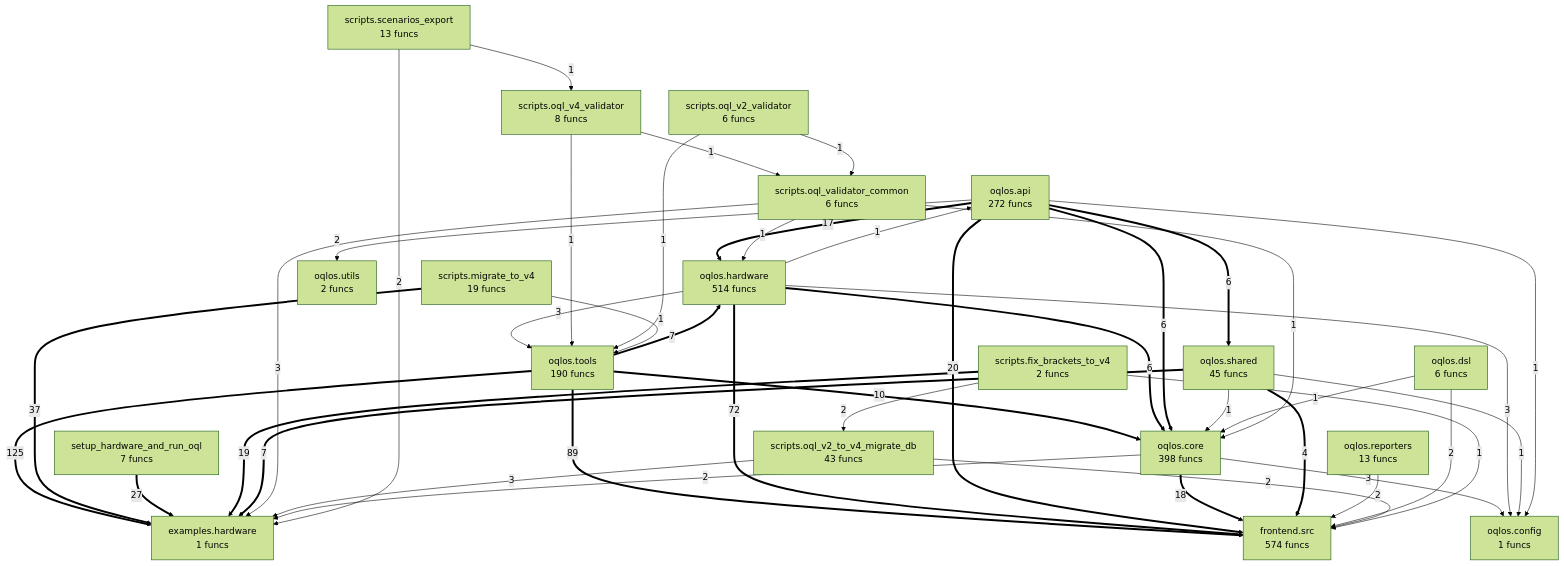
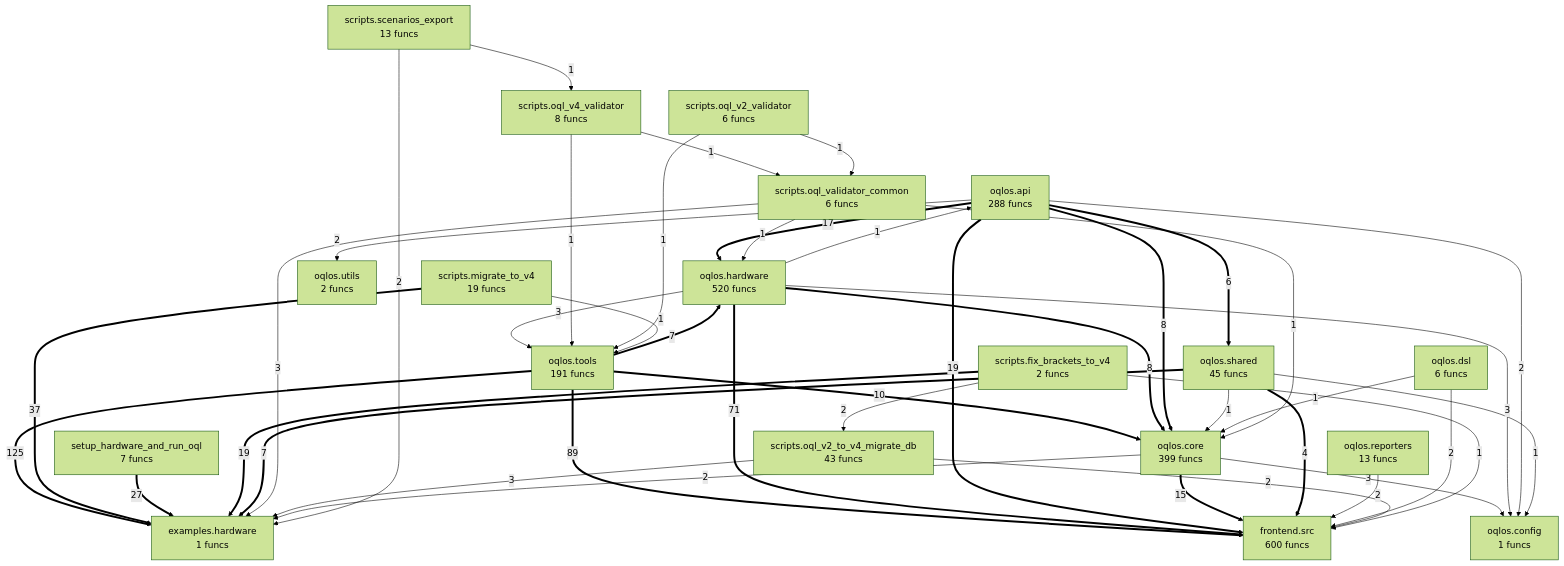
One commit to oqlos/oqlos changed the diagram in project/compact_flow.mmd. Above: the diagram before and after it, drawn with Mermaid (forest theme). The commit also changed 144 other files, not shown here.

```diff
--- a/project/compact_flow.mmd
+++ b/project/compact_flow.mmd
@@ -1,63 +1,63 @@
 flowchart TD
-%% generated in 0.04s
+%% generated in 0.15s
     examples__hardware["examples.hardware<br/>1 funcs"]
-    frontend__src["frontend.src<br/>574 funcs"]
-    oqlos__api["oqlos.api<br/>272 funcs"]
+    frontend__src["frontend.src<br/>600 funcs"]
+    oqlos__api["oqlos.api<br/>288 funcs"]
     oqlos__config["oqlos.config<br/>1 funcs"]
-    oqlos__core["oqlos.core<br/>398 funcs"]
+    oqlos__core["oqlos.core<br/>399 funcs"]
     oqlos__dsl["oqlos.dsl<br/>6 funcs"]
-    oqlos__hardware["oqlos.hardware<br/>514 funcs"]
+    oqlos__hardware["oqlos.hardware<br/>520 funcs"]
     oqlos__reporters["oqlos.reporters<br/>13 funcs"]
     oqlos__shared["oqlos.shared<br/>45 funcs"]
-    oqlos__tools["oqlos.tools<br/>190 funcs"]
+    oqlos__tools["oqlos.tools<br/>191 funcs"]
     oqlos__utils["oqlos.utils<br/>2 funcs"]
     scripts__fix_brackets_to_v4["scripts.fix_brackets_to_v4<br/>2 funcs"]
     scripts__migrate_to_v4["scripts.migrate_to_v4<br/>19 funcs"]
     scripts__oql_v2_to_v4_migrate_db["scripts.oql_v2_to_v4_migrate_db<br/>43 funcs"]
     scripts__oql_v2_validator["scripts.oql_v2_validator<br/>6 funcs"]
     scripts__oql_v4_validator["scripts.oql_v4_validator<br/>8 funcs"]
     scripts__oql_validator_common["scripts.oql_validator_common<br/>6 funcs"]
     scripts__scenarios_export["scripts.scenarios_export<br/>13 funcs"]
     setup_hardware_and_run_oql["setup_hardware_and_run_oql<br/>7 funcs"]
     oqlos__tools ==>|125| examples__hardware
     oqlos__tools ==>|89| frontend__src
-    oqlos__hardware ==>|72| frontend__src
+    oqlos__hardware ==>|71| frontend__src
     scripts__migrate_to_v4 ==>|37| examples__hardware
     setup_hardware_and_run_oql ==>|27| examples__hardware
-    oqlos__api ==>|20| frontend__src
+    oqlos__api ==>|19| frontend__src
     scripts__fix_brackets_to_v4 ==>|19| examples__hardware
-    oqlos__core ==>|18| frontend__src
     oqlos__api ==>|17| oqlos__hardware
+    oqlos__core ==>|15| frontend__src
     oqlos__tools ==>|10| oqlos__core
+    oqlos__hardware ==>|8| oqlos__core
+    oqlos__api ==>|8| oqlos__core
     oqlos__tools ==>|7| oqlos__hardware
     oqlos__shared ==>|7| examples__hardware
-    oqlos__hardware ==>|6| oqlos__core
-    oqlos__api ==>|6| oqlos__core
     oqlos__api ==>|6| oqlos__shared
     oqlos__shared ==>|4| frontend__src
     oqlos__core -->|3| oqlos__config
     oqlos__hardware -->|3| oqlos__config
     oqlos__hardware -->|3| oqlos__tools
     scripts__oql_validator_common -->|3| examples__hardware
     scripts__oql_v2_to_v4_migrate_db -->|3| examples__hardware
     oqlos__core -->|2| examples__hardware
     oqlos__reporters -->|2| frontend__src
+    oqlos__api -->|2| oqlos__utils
+    oqlos__api -->|2| oqlos__config
     oqlos__dsl -->|2| frontend__src
     scripts__fix_brackets_to_v4 -->|2| scripts__oql_v2_to_v4_migrate_db
     scripts__oql_v2_to_v4_migrate_db -->|2| frontend__src
     scripts__scenarios_export -->|2| examples__hardware
-    oqlos__api -->|2| oqlos__utils
     oqlos__hardware -->|1| oqlos__api
     oqlos__shared -->|1| oqlos__core
     oqlos__shared -->|1| oqlos__config
     oqlos__dsl -->|1| oqlos__core
     scripts__oql_validator_common -->|1| oqlos__core
     scripts__oql_validator_common -->|1| oqlos__hardware
     scripts__oql_v4_validator -->|1| oqlos__tools
     scripts__oql_v4_validator -->|1| scripts__oql_validator_common
     scripts__fix_brackets_to_v4 -->|1| frontend__src
     scripts__oql_v2_validator -->|1| oqlos__tools
     scripts__oql_v2_validator -->|1| scripts__oql_validator_common
     scripts__migrate_to_v4 -->|1| oqlos__tools
     scripts__scenarios_export -->|1| scripts__oql_v4_validator
-    oqlos__api -->|1| oqlos__config
```
